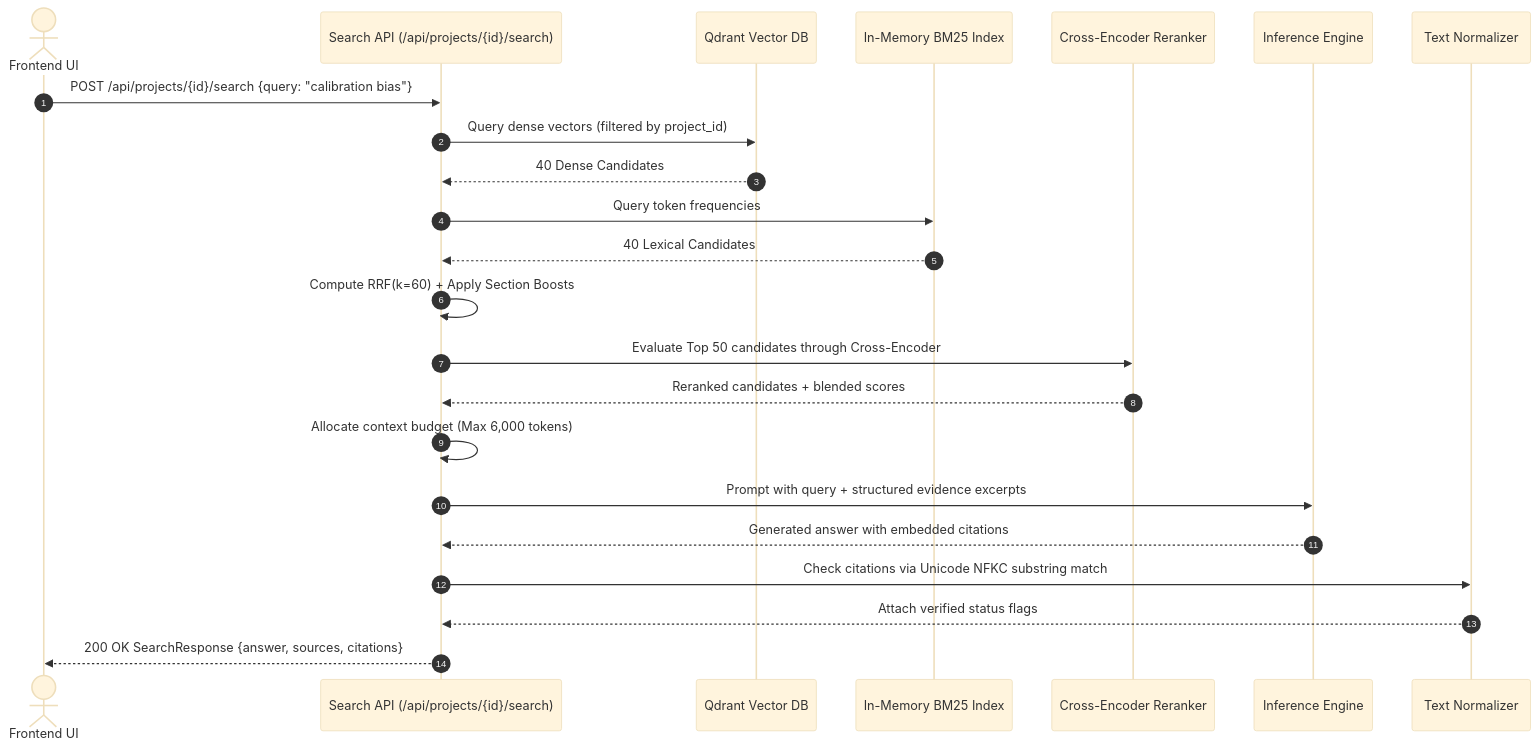
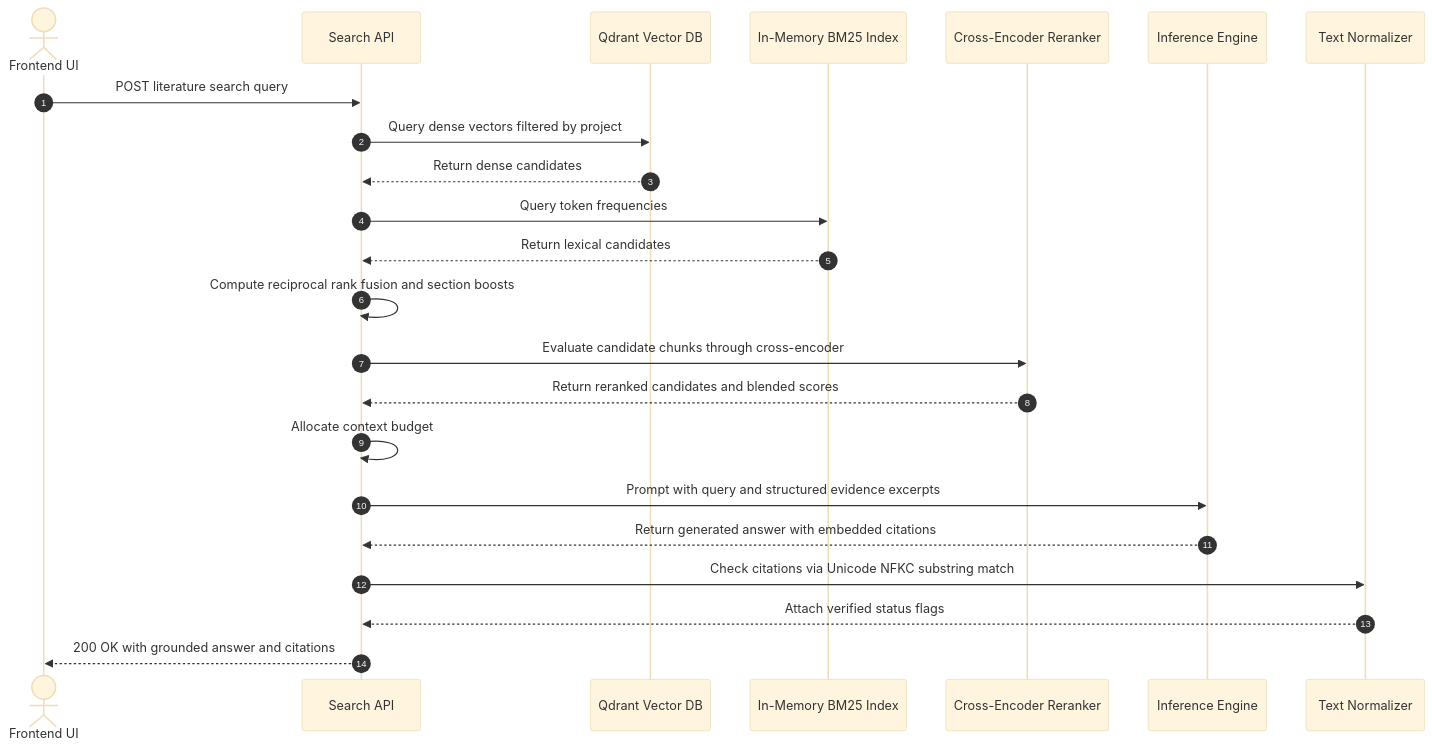
Before and after one commit to def-hrithik/AI_Research_Gap_Finder: the third of 3 diagrams in RAGMODEL.md, drawn with Mermaid (base theme). The commit also changed 2 other files, not shown here.

Commit message:
docs(diagrams): fix GitHub Mermaid sequence parse errors

````diff
--- a/RAGMODEL.md
+++ b/RAGMODEL.md
@@ -288,26 +288,27 @@
 ```mermaid
 sequenceDiagram
     autonumber
+
     actor Client as Frontend UI
-    participant API as Search API (/api/projects/{id}/search)
+    participant API as Search API
     participant Qdrant as Qdrant Vector DB
     participant BM25 as In-Memory BM25 Index
     participant Rerank as Cross-Encoder Reranker
     participant LLM as Inference Engine
     participant Verifier as Text Normalizer
 
-    Client->>API: POST /api/projects/{id}/search {query: "calibration bias"}
-    API->>Qdrant: Query dense vectors (filtered by project_id)
-    Qdrant-->>API: 40 Dense Candidates
+    Client->>API: POST literature search query
+    API->>Qdrant: Query dense vectors filtered by project
+    Qdrant-->>API: Return dense candidates
     API->>BM25: Query token frequencies
-    BM25-->>API: 40 Lexical Candidates
-    API->>API: Compute RRF(k=60) + Apply Section Boosts
-    API->>Rerank: Evaluate Top 50 candidates through Cross-Encoder
-    Rerank-->>API: Reranked candidates + blended scores
-    API->>API: Allocate context budget (Max 6,000 tokens)
-    API->>LLM: Prompt with query + structured evidence excerpts
-    LLM-->>API: Generated answer with embedded citations
+    BM25-->>API: Return lexical candidates
+    API->>API: Compute reciprocal rank fusion and section boosts
+    API->>Rerank: Evaluate candidate chunks through cross-encoder
+    Rerank-->>API: Return reranked candidates and blended scores
+    API->>API: Allocate context budget
+    API->>LLM: Prompt with query and structured evidence excerpts
+    LLM-->>API: Return generated answer with embedded citations
     API->>Verifier: Check citations via Unicode NFKC substring match
     Verifier-->>API: Attach verified status flags
-    API-->>Client: 200 OK SearchResponse {answer, sources, citations}
+    API-->>Client: 200 OK with grounded answer and citations
 ```
````
